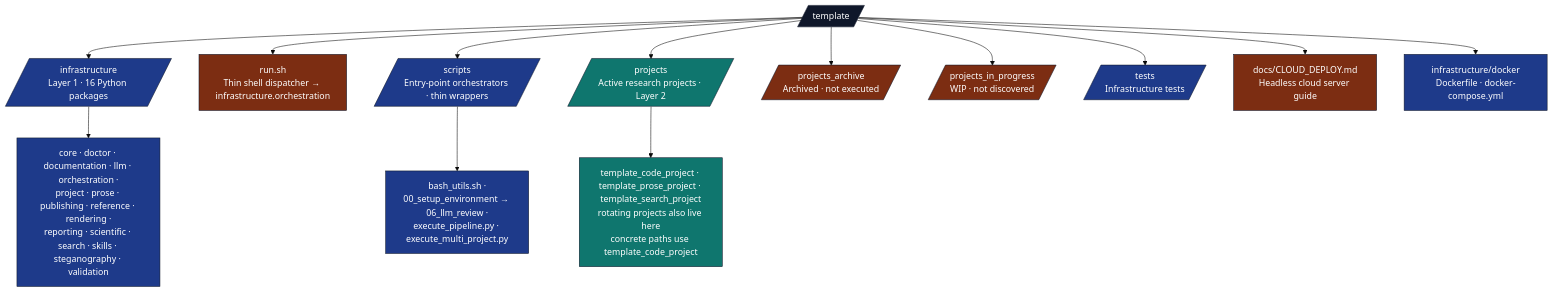
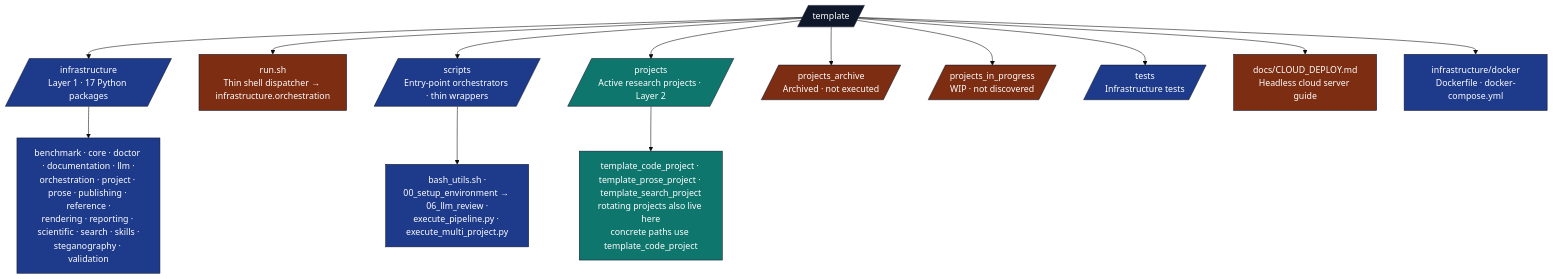
One commit to docxology/template changed the diagram in docs/PAI.md. Above: the diagram before and after it, drawn with Mermaid (base theme). The commit also changed other lines of this file and 482 other files, not shown here.

````diff
--- a/docs/PAI.md
+++ b/docs/PAI.md
@@ -69,28 +69,28 @@
 ```mermaid
 flowchart TB
     ROOT[/template/]
-    ROOT --> INFRA[/infrastructure<br/>Layer 1 · 16 Python packages/]
+    ROOT --> INFRA[/infrastructure<br/>Layer 1 · 17 Python packages/]
     ROOT --> RUN[run.sh<br/>Thin shell dispatcher → infrastructure.orchestration]
     ROOT --> SCR[/scripts<br/>Entry-point orchestrators · thin wrappers/]
     ROOT --> PROJ[/projects<br/>Active research projects · Layer 2/]
     ROOT --> ARCH[/projects_archive<br/>Archived · not executed/]
     ROOT --> WIP[/projects_in_progress<br/>WIP · not discovered/]
     ROOT --> T[/tests<br/>Infrastructure tests/]
     ROOT --> DOCS[docs/CLOUD_DEPLOY.md<br/>Headless cloud server guide]
     ROOT --> DOCKER[infrastructure/docker<br/>Dockerfile · docker-compose.yml]
 
-    INFRA --> INFRA_PKGS[core · doctor · documentation · llm · orchestration ·<br/>project · prose · publishing · reference · rendering ·<br/>reporting · scientific · search · skills · steganography · validation]
+    INFRA --> INFRA_PKGS[benchmark · core · doctor · documentation · llm ·<br/>orchestration · project · prose · publishing · reference ·<br/>rendering · reporting · scientific · search · skills ·<br/>steganography · validation]
 
     SCR --> SCR_FILES[bash_utils.sh ·<br/>00_setup_environment → 06_llm_review ·<br/>execute_pipeline.py · execute_multi_project.py]
 
     PROJ --> PROJ_F["template_code_project · template_prose_project · template_search_project<br/>rotating projects also live here<br/>concrete paths use template_code_project"]
 
     classDef root fill:#0f172a,stroke:#0f172a,color:#fff
     classDef l1 fill:#1e3a8a,stroke:#0f172a,color:#fff
     classDef l2 fill:#0f766e,stroke:#0f172a,color:#fff
     classDef gen fill:#7c2d12,stroke:#0f172a,color:#fff
     class ROOT root
     class INFRA,SCR,T,DOCKER,INFRA_PKGS,SCR_FILES l1
     class PROJ,PROJ_F l2
     class ARCH,WIP,DOCS,RUN gen
 ```
````
